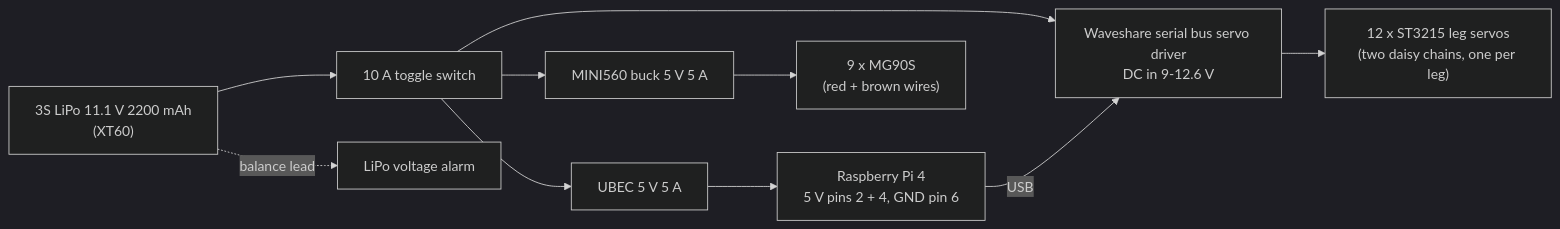
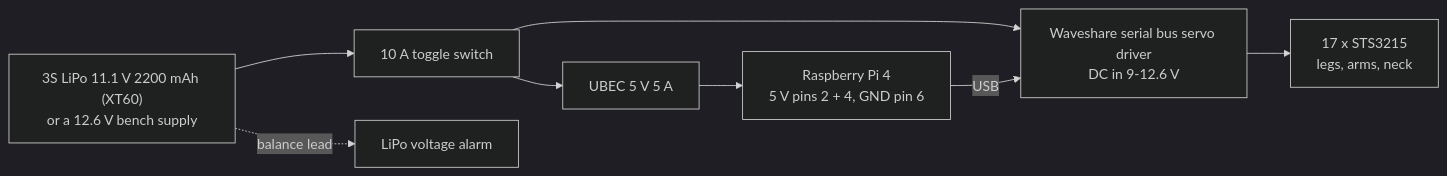
The diagram in jx0/docs/wiring.md (nickthelegend/thenar-jx1), drawn with Mermaid (dark theme) before and after one commit. The commit also changed other lines of this file and 107 other files, not shown here.

````diff
--- a/jx0/docs/wiring.md
+++ b/jx0/docs/wiring.md
@@ -9,10 +8,9 @@
 ```mermaid
 flowchart LR
-  BAT["3S LiPo 11.1 V 2200 mAh<br/>(XT60)"] --> SW["10 A toggle switch"]
+  BAT["3S LiPo 11.1 V 2200 mAh (XT60)<br/>or a 12.6 V bench supply"] --> SW["10 A toggle switch"]
   BAT -. balance lead .-> ALARM["LiPo voltage alarm"]
   SW --> DRV["Waveshare serial bus servo driver<br/>DC in 9-12.6 V"]
-  DRV --> LEGS["12 x ST3215 leg servos<br/>(two daisy chains, one per leg)"]
+  DRV --> BUS["17 x STS3215<br/>legs, arms, neck"]
   SW --> UBEC["UBEC 5 V 5 A"] --> PI["Raspberry Pi 4<br/>5 V pins 2 + 4, GND pin 6"]
-  SW --> BUCK["MINI560 buck 5 V 5 A"] --> MICRO["9 x MG90S<br/>(red + brown wires)"]
   PI -- USB --> DRV
 ```
````
